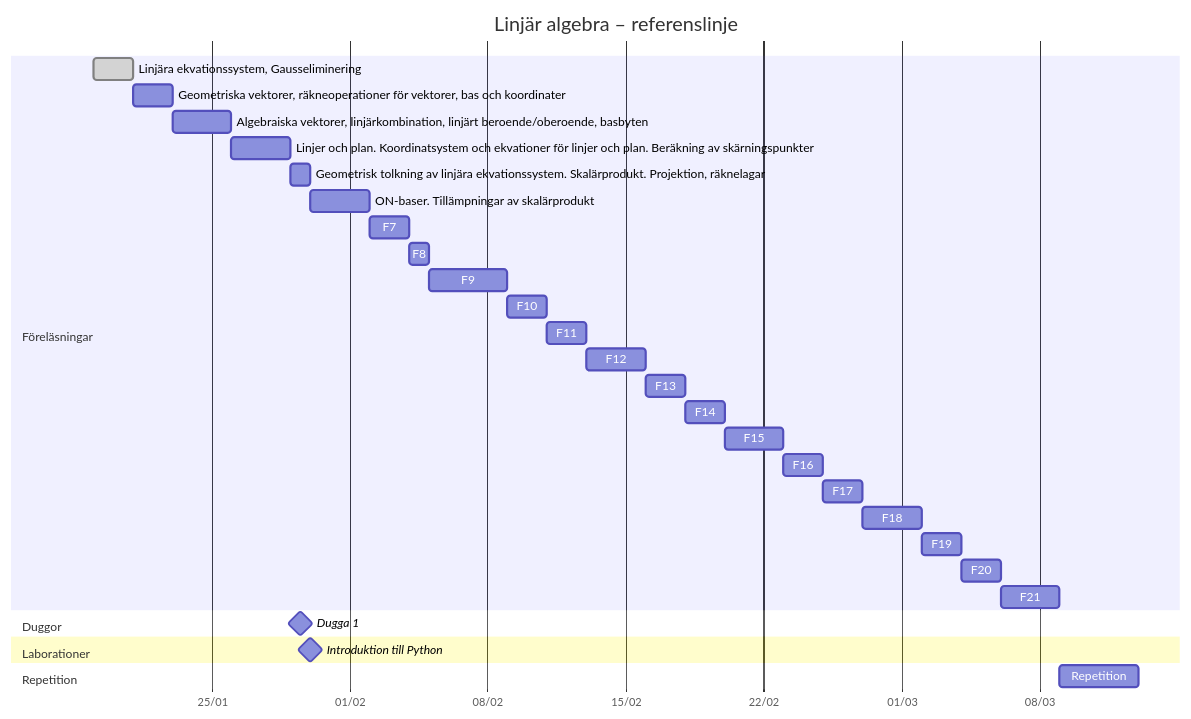
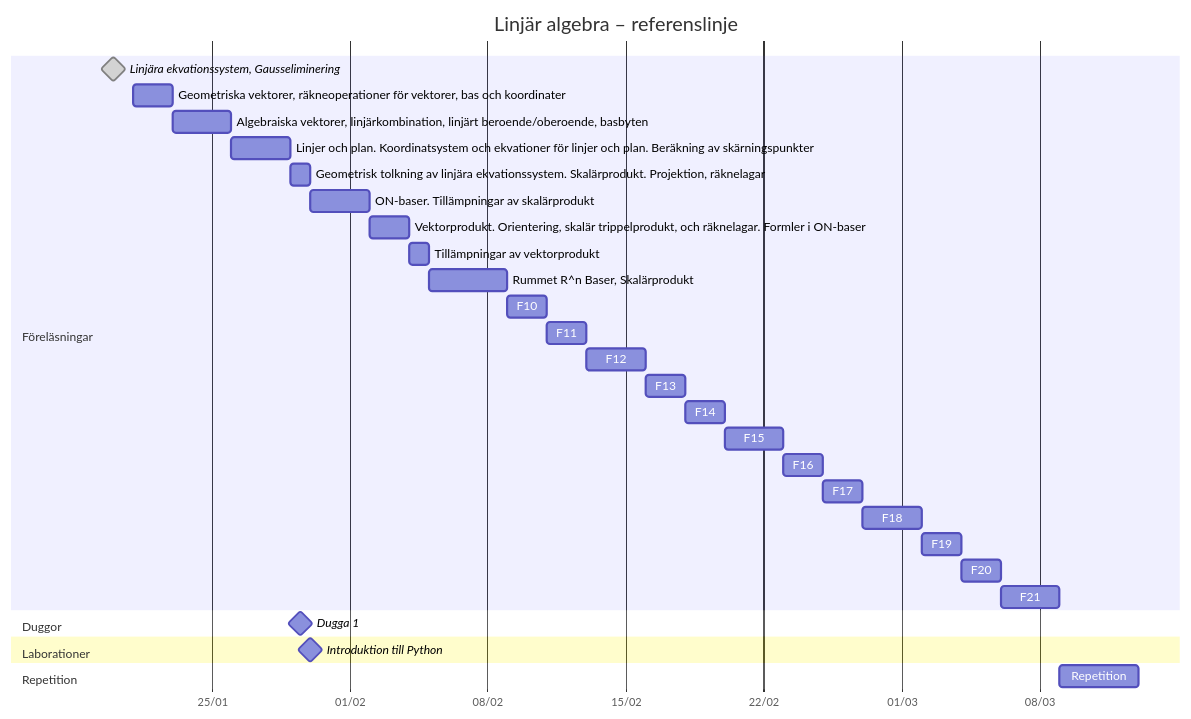
The diagram in Skola/Linjär Algebra/Kursöversikt.md (Scoutboy06/obsidian-vaults), drawn with Mermaid before and after one commit. The commit also changed 1 other file, not shown here.

Commit message:
vault backup: 2026-01-21 20:10:10

````diff
--- a/Skola/Linjär Algebra/Kursöversikt.md
+++ b/Skola/Linjär Algebra/Kursöversikt.md
@@ -2,38 +2,38 @@
 ```mermaid
 gantt
     dateFormat  YYYY-MM-DD
     title Linjär algebra – referenslinje
     axisFormat  %d/%m
 
     section Föreläsningar
-    Linjära ekvationssystem, Gausseliminering :done, f1, 2026-01-19, 2026-01-21
+    Linjära ekvationssystem, Gausseliminering :milestone,done, f1, 2026-01-19, 2026-01-21
     Geometriska vektorer, räkneoperationer för vektorer, bas och koordinater: f2, 2026-01-21, 2026-01-23
     Algebraiska vektorer, linjärkombination, linjärt beroende/oberoende, basbyten: f3, 2026-01-23, 2026-01-26
     Linjer och plan. Koordinatsystem och ekvationer för linjer och plan. Beräkning av skärningspunkter: f4, 2026-01-26, 2026-01-29
     Geometrisk tolkning av linjära ekvationssystem. Skalärprodukt. Projektion, räknelagar: f5, 2026-01-29, 2026-01-30
     ON-baser. Tillämpningar av skalärprodukt: f6, 2026-01-30, 2026-02-02
-    F7: f7, 2026-02-02, 2026-02-04
-    F8: f8, 2026-02-04, 2026-02-05
-    F9: f9, 2026-02-05, 2026-02-09
+    Vektorprodukt. Orientering, skalär trippelprodukt, och räknelagar. Formler i ON-baser: f7, 2026-02-02, 2026-02-04
+    Tillämpningar av vektorprodukt: f8, 2026-02-04, 2026-02-05
+    Rummet R^n Baser, Skalärprodukt: f9, 2026-02-05, 2026-02-09
     F10: f10, 2026-02-09, 2026-02-11
     F11: f11, 2026-02-11, 2026-02-13
     F12: f12, 2026-02-13, 2026-02-16
     F13: f13, 2026-02-16, 2026-02-18
     F14: f14, 2026-02-18, 2026-02-20
     F15: f15, 2026-02-20, 2026-02-23
     F16: f16, 2026-02-23, 2026-02-25
     F17: f17, 2026-02-25, 2026-02-27
     F18: f18, 2026-02-27, 2026-03-02
     F19: f19, 2026-03-02, 2026-03-04
     F20: f20, 2026-03-04, 2026-03-06
     F21: f21, 2026-03-06, 2026-03-09
 
     section Duggor
     Dugga 1 :milestone, d1, 2026-01-19, 2026-02-09
 
     section Laborationer
     Introduktion till Python :milestone, l1, 2026-01-30, 2026-01-30
 
     section Repetition
     Repetition: r1, 2026-03-09, 2026-03-13
 ```
````
